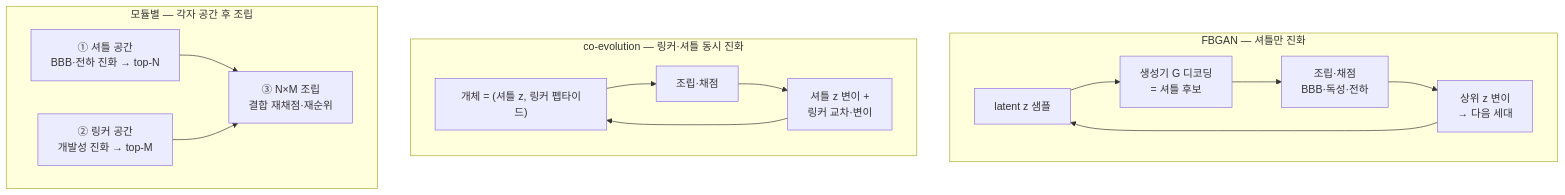
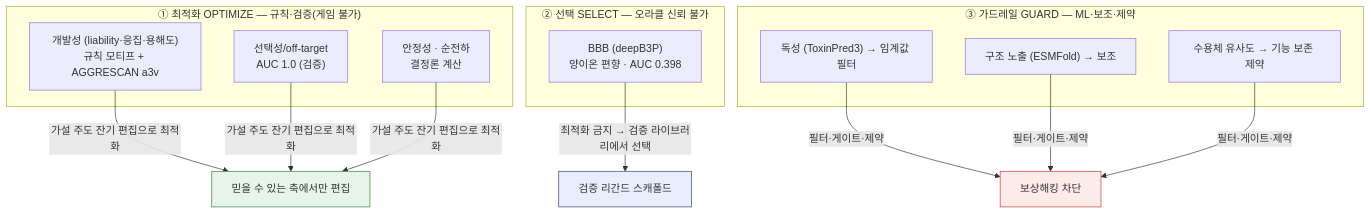
The fourth of 8 diagrams in 아키텍처.md (yunseul6028/BBB-Optimizer), drawn with Mermaid before and after one commit. The commit also changed other lines of this file, not shown here.

````diff
--- a/아키텍처.md
+++ b/아키텍처.md
@@ -164,22 +141,24 @@
 ```mermaid
 flowchart TB
-  subgraph FBG["FBGAN — 셔틀만 진화"]
-    F1["latent z 샘플"] --> F2["생성기 G 디코딩<br/>= 셔틀 후보"]
-    F2 --> F3["조립·채점<br/>BBB·독성·전하"]
-    F3 --> F4["상위 z 변이<br/>→ 다음 세대"]
-    F4 --> F1
+  subgraph OPT["① 최적화 OPTIMIZE — 규칙·검증(게임 불가)"]
+    O1["개발성 (liability·응집·용해도)<br/>규칙 모티프 + AGGRESCAN a3v"]
+    O2["선택성/off-target<br/>AUC 1.0 (검증)"]
+    O3["안정성 · 순전하<br/>결정론 계산"]
+  end
+  subgraph SEL["② 선택 SELECT — 오라클 신뢰 불가"]
+    S1["BBB (deepB3P)<br/>양이온 편향 · AUC 0.398"]
+  end
+  subgraph GRD["③ 가드레일 GUARD — ML·보조·제약"]
+    G1["독성 (ToxinPred3) → 임계값 필터"]
+    G2["구조 노출 (ESMFold) → 보조"]
+    G3["수용체 유사도 → 기능 보존 제약"]
   end
 
-  subgraph COE["co-evolution — 링커·셔틀 동시 진화"]
-    C1["개체 = (셔틀 z, 링커 펩타이드)"] --> C2["조립·채점"]
-    C2 --> C3["셔틀 z 변이 +<br/>링커 교차·변이"]
-    C3 --> C1
-  end
+  O1 & O2 & O3 -->|"가설 주도 잔기 편집으로 최적화"| EDIT["믿을 수 있는 축에서만 편집"]:::ok
+  S1 -->|"최적화 금지 → 검증 라이브러리에서 선택"| LIB["검증 리간드 스캐폴드"]:::sel
+  G1 & G2 & G3 -->|"필터·게이트·제약"| GATE["보상해킹 차단"]:::grd
 
-  subgraph MOD["모듈별 — 각자 공간 후 조립"]
-    M1["① 셔틀 공간<br/>BBB·전하 진화 → top-N"]
-    M2["② 링커 공간<br/>개발성 진화 → top-M"]
-    M1 --> M3["③ N×M 조립<br/>결합 재채점·재순위"]
-    M2 --> M3
-  end
+  classDef ok fill:#e6f4ea,stroke:#2e7d32;
+  classDef sel fill:#e8eefc,stroke:#30405c;
+  classDef grd fill:#fdeaea,stroke:#c0392b;
 ```
````
